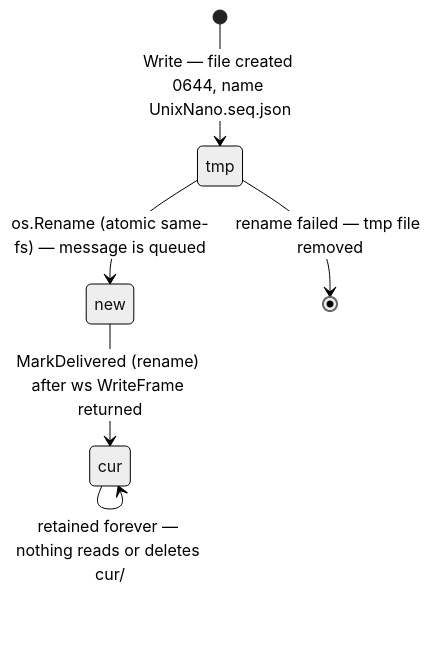
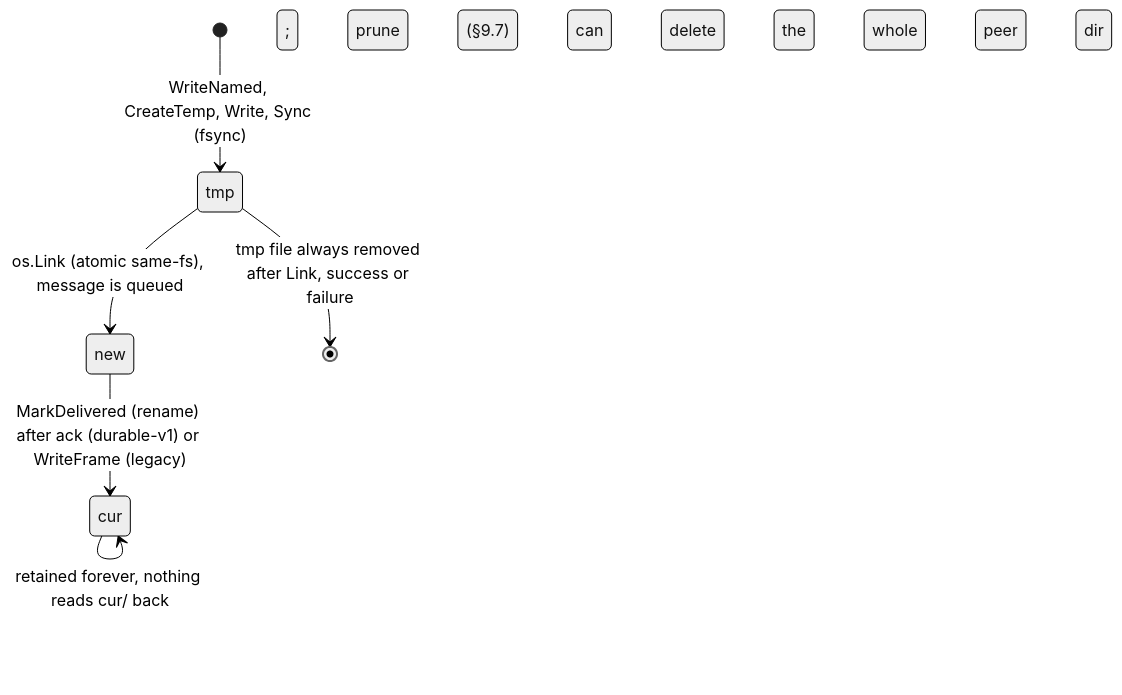
Before and after one commit to cumanzor/claudebus: the fourth of 4 diagrams in docs/architecture/protocol.md, drawn with Mermaid (neutral theme). The commit also changed other lines of this file and 2 other files, not shown here.

````diff
--- a/docs/architecture/protocol.md
+++ b/docs/architecture/protocol.md
@@ -1182,8 +1250,8 @@
 ```mermaid
 stateDiagram-v2
-    [*] --> tmp: Write — file created 0644, name UnixNano.seq.json
-    tmp --> new: os.Rename (atomic same-fs) — message is queued
-    tmp --> [*]: rename failed — tmp file removed
-    new --> cur: MarkDelivered (rename) after ws WriteFrame returned
-    cur --> cur: retained forever — nothing reads or deletes cur/
+    [*] --> tmp: WriteNamed, CreateTemp, Write, Sync (fsync)
+    tmp --> new: os.Link (atomic same-fs), message is queued
+    tmp --> [*]: tmp file always removed after Link, success or failure
+    new --> cur: MarkDelivered (rename) after ack (durable-v1) or WriteFrame (legacy)
+    cur --> cur: retained forever, nothing reads cur/ back; prune (§9.7) can delete the whole peer dir
 ```
````
